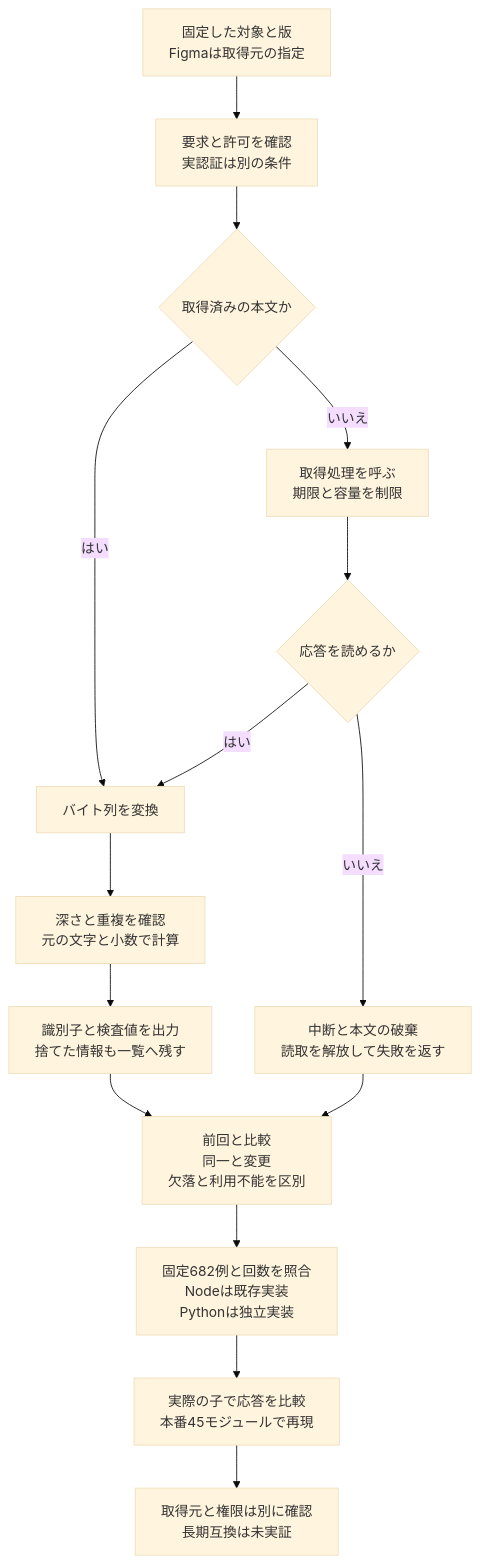
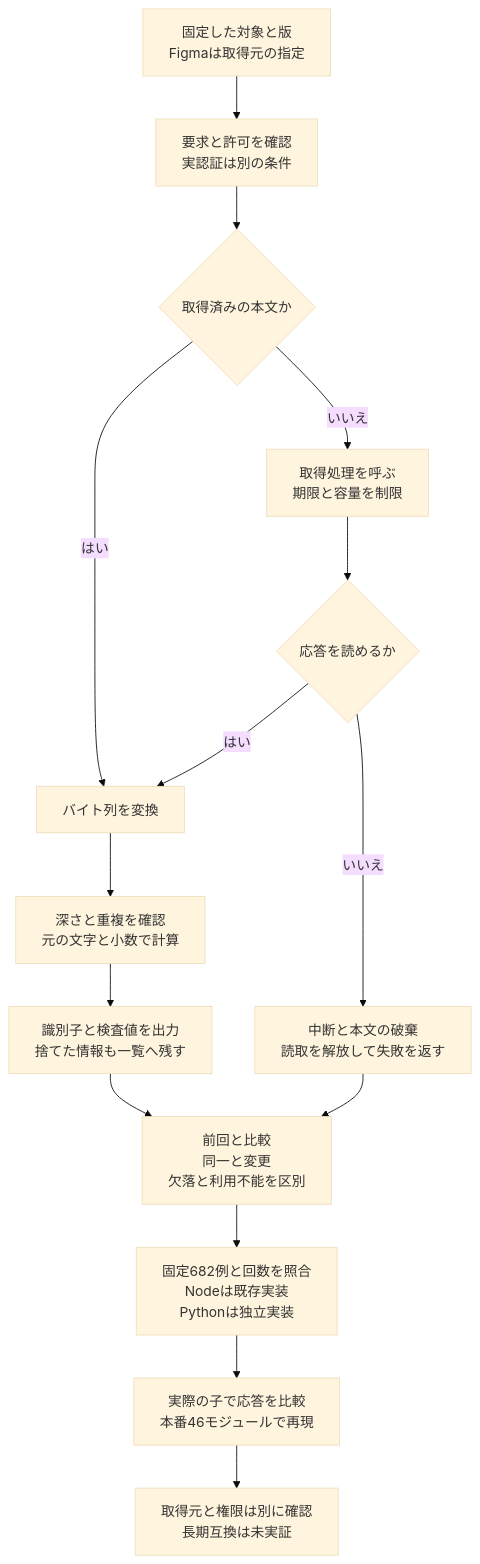
One commit to koukemo/morivyx changed the diagram in docs/diagrams/python-figma-import.mmd. Above: the diagram before and after it, drawn with Mermaid (base theme). The commit also changed 44 other files, not shown here.

```diff
--- a/docs/diagrams/python-figma-import.mmd
+++ b/docs/diagrams/python-figma-import.mmd
@@ -1,15 +1,15 @@
 flowchart TD
   A[固定した対象と版<br/>Figmaは取得元の指定] --> B[要求と許可を確認<br/>実認証は別の条件]
   B --> C{取得済みの本文か}
   C -->|はい| D[バイト列を変換]
   C -->|いいえ| E[取得処理を呼ぶ<br/>期限と容量を制限]
   E --> F{応答を読めるか}
   F -->|いいえ| G[中断と本文の破棄<br/>読取を解放して失敗を返す]
   F -->|はい| D
   D --> H[深さと重複を確認<br/>元の文字と小数で計算]
   H --> I[識別子と検査値を出力<br/>捨てた情報も一覧へ残す]
   I --> J[前回と比較<br/>同一と変更<br/>欠落と利用不能を区別]
   G --> J
   J --> K[固定682例と回数を照合<br/>Nodeは既存実装<br/>Pythonは独立実装]
-  K --> L[実際の子で応答を比較<br/>本番45モジュールで再現]
+  K --> L[実際の子で応答を比較<br/>本番46モジュールで再現]
   L --> M[取得元と権限は別に確認<br/>長期互換は未実証]
```
